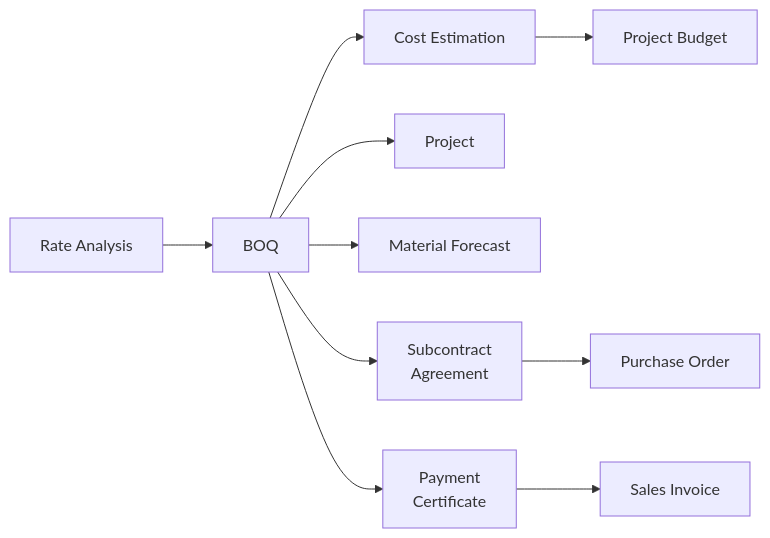
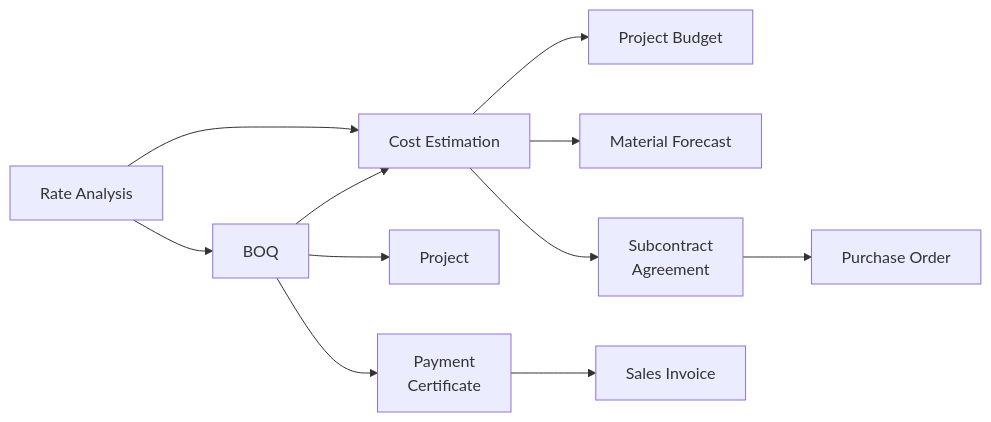
The first of 3 diagrams in docs/user-guide.md (EnfonoTech/construction_management_suite), drawn with Mermaid before and after one commit. The commit also changed other lines of this file and 26 other files, not shown here.

````diff
--- a/docs/user-guide.md
+++ b/docs/user-guide.md
@@ -11,12 +11,13 @@
 ```mermaid
 flowchart LR
-  RA[Rate Analysis] --> BOQ
-  BOQ --> CE[Cost Estimation]
-  CE --> PB[Project Budget]
+  RA[Rate Analysis] --> CE[Cost Estimation]
+  RA --> BOQ
+  BOQ --> CE
   BOQ --> PRJ[Project]
-  BOQ --> MF[Material Forecast]
-  BOQ --> SA[Subcontract<br/>Agreement]
   BOQ --> IPC[Payment<br/>Certificate]
   IPC --> SI[Sales Invoice]
+  CE --> PB[Project Budget]
+  CE --> MF[Material Forecast]
+  CE --> SA[Subcontract<br/>Agreement]
   SA --> PO[Purchase Order]
 ```
````
